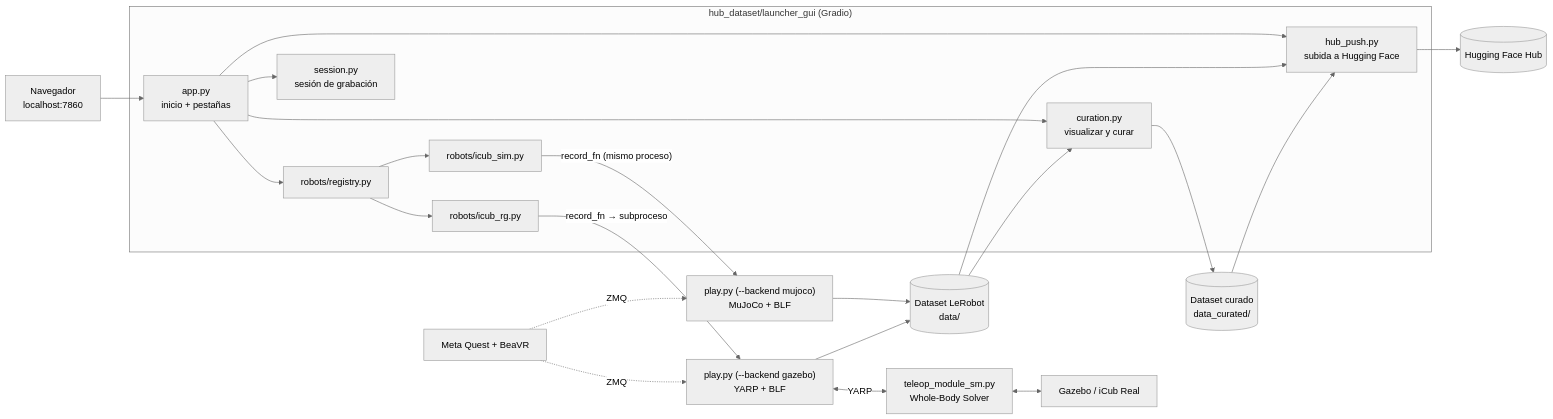
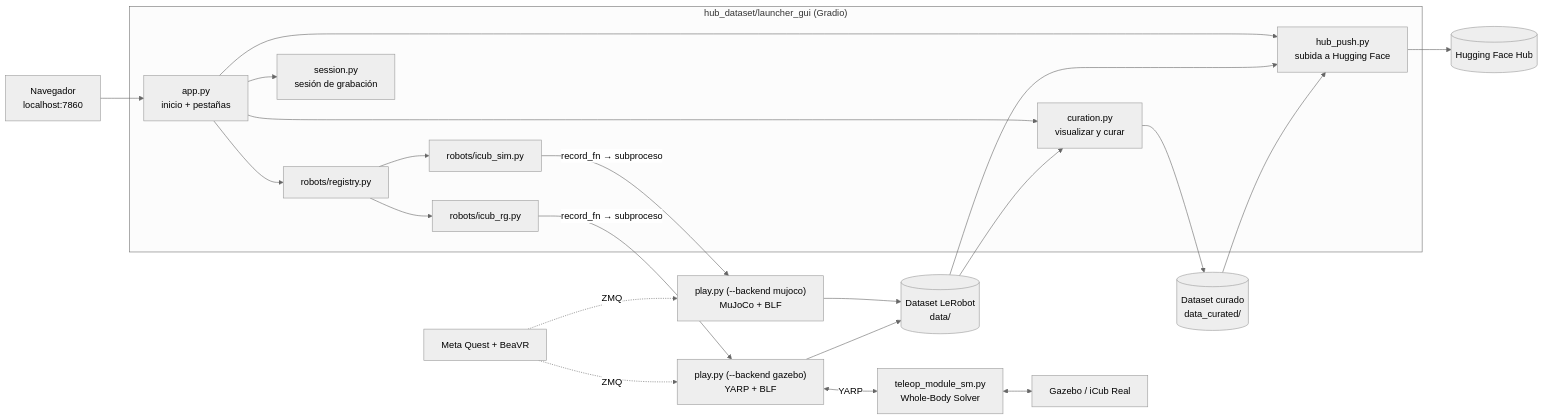
One commit to mkloviiin/PMM_Final changed the diagram in README.es.md. Above: the diagram before and after it, drawn with Mermaid (neutral theme). The commit also changed other lines of this file and 17 other files, not shown here.

````diff
--- a/README.es.md
+++ b/README.es.md
@@ -194,26 +263,26 @@
 ```mermaid
 flowchart LR
     U["Navegador<br/>localhost:7860"] --> APP
 
     subgraph HUB["hub_dataset/launcher_gui (Gradio)"]
         APP["app.py<br/>inicio + pestañas"] --> REG["robots/registry.py"]
         APP --> SES["session.py<br/>sesión de grabación"]
         APP --> CUR["curation.py<br/>visualizar y curar"]
         APP --> PUSH["hub_push.py<br/>subida a Hugging Face"]
         REG --> SIM["robots/icub_sim.py"]
         REG --> RG["robots/icub_rg.py"]
     end
 
-    SIM -- "record_fn (mismo proceso)" --> PMJ["play.py (--backend mujoco)<br/>MuJoCo + BLF"]
+    SIM -- "record_fn → subproceso" --> PMJ["play.py (--backend mujoco)<br/>MuJoCo + BLF"]
     RG -- "record_fn → subproceso" --> PGZ["play.py (--backend gazebo)<br/>YARP + BLF"]
     PGZ <-->|YARP| YM["teleop_module_sm.py<br/>Whole-Body Solver"]
     YM <--> ROBOT["Gazebo / iCub Real"]
     VR["Meta Quest + BeaVR"] -. ZMQ .-> PMJ
     VR -. ZMQ .-> PGZ
 
     PMJ --> DS[("Dataset LeRobot<br/>data/")]
     PGZ --> DS
     DS --> CUR --> DC[("Dataset curado<br/>data_curated/")]
     DS --> PUSH
     DC --> PUSH --> HF[("Hugging Face Hub")]
 ```
````
